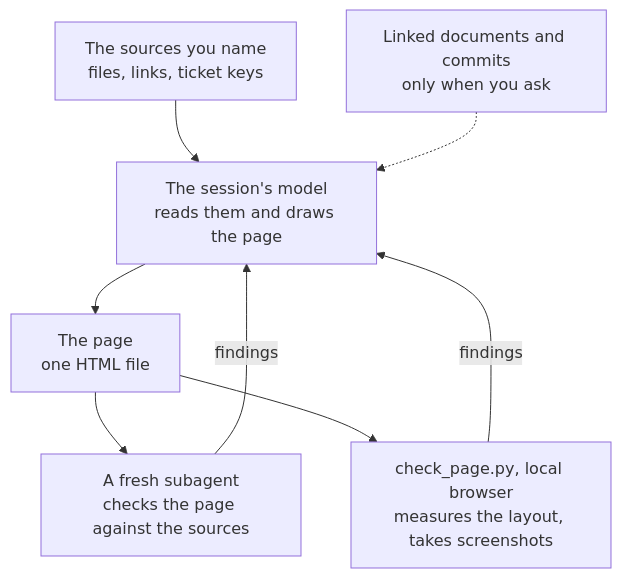
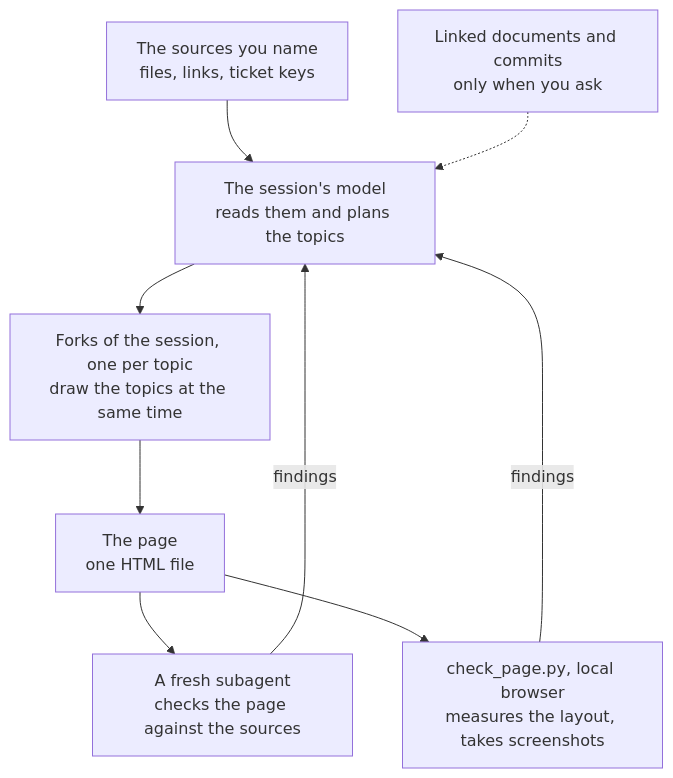
One commit to tundra-east/tundra changed the diagram in plugins/visualise-document/README.md. Above: the diagram before and after it, drawn with Mermaid. The commit also changed other lines of this file and 5 other files, not shown here.

Commit message:
draw visualise-document topics in parallel forks

````diff
--- a/plugins/visualise-document/README.md
+++ b/plugins/visualise-document/README.md
@@ -35,10 +35,11 @@
 ```mermaid
 flowchart TB
     sources["The sources you name<br>files, links, ticket keys"] --> read
     linked["Linked documents and commits<br>only when you ask"] -.-> read
-    read["The session's model<br>reads them and draws the page"] --> page["The page<br>one HTML file"]
+    read["The session's model<br>reads them and plans the topics"] --> forks["Forks of the session, one per topic<br>draw the topics at the same time"]
+    forks --> page["The page<br>one HTML file"]
     page --> verify["A fresh subagent<br>checks the page against the sources"]
     page --> check["check_page.py, local browser<br>measures the layout, takes screenshots"]
     verify -- findings --> read
     check -- findings --> read
 ```
````
